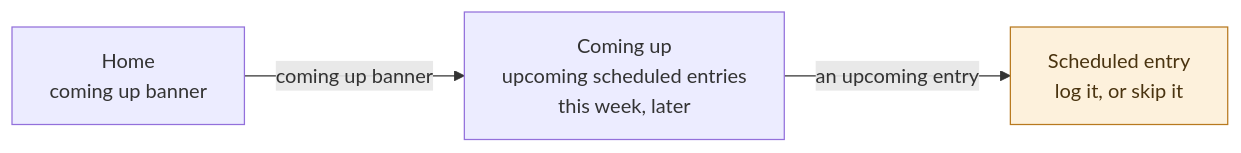
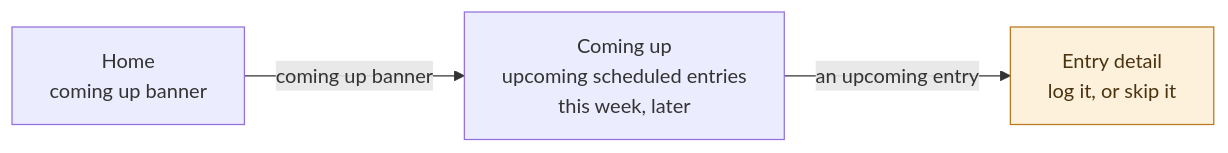
Before and after one commit to care-giver-app/caregiver-v2: the sixth of 15 diagrams in docs/PRD.md, drawn with Mermaid. The commit also changed other lines of this file and 3 other files, not shown here.

````diff
--- a/docs/PRD.md
+++ b/docs/PRD.md
@@ -424,12 +505,12 @@
 ```mermaid
 flowchart LR
     Home["Home<br/>coming up banner"]
     ComingUp["Coming up<br/>upcoming scheduled entries<br/>this week, later"]
-    ScheduledEntry["Scheduled entry<br/>log it, or skip it"]
+    Entry["Entry detail<br/>log it, or skip it"]
 
     Home -- "coming up banner" --> ComingUp
-    ComingUp -- "an upcoming entry" --> ScheduledEntry
+    ComingUp -- "an upcoming entry" --> Entry
 
     classDef handoff fill:#FDF1DC,stroke:#B8791F,color:#4A3410
-    class ScheduledEntry handoff
+    class Entry handoff
 ```
````
